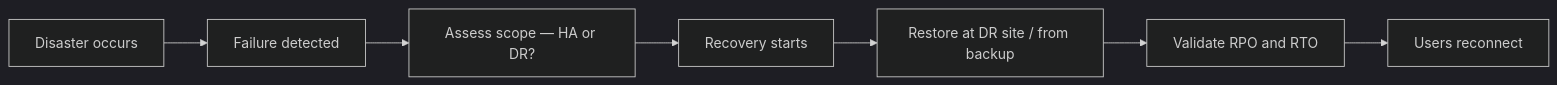
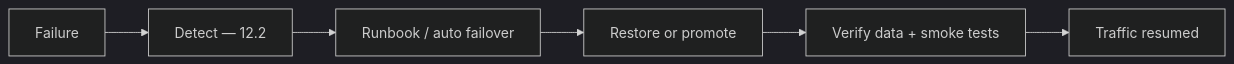
One commit to hareramcse/SystemDesign changed diagram 16 of 21 in 12-reliability-engineering/README.md. Above: the diagram before and after it, drawn with Mermaid (dark theme). The commit also changed other lines of this file, not shown here.

````diff
--- a/12-reliability-engineering/README.md
+++ b/12-reliability-engineering/README.md
@@ -1187,9 +897,8 @@
 ```mermaid
 flowchart LR
-    D[Disaster occurs] --> Detect[Failure detected]
-    Detect --> Decide[Assess scope — HA or DR?]
-    Decide --> Start[Recovery starts]
-    Start --> Restore[Restore at DR site / from backup]
-    Restore --> Validate[Validate RPO and RTO]
-    Validate --> Users[Users reconnect]
+    Fail[Failure] --> Detect[Detect — 12.2]
+    Detect --> Decide[Runbook / auto failover]
+    Decide --> Recover[Restore or promote]
+    Recover --> Validate[Verify data + smoke tests]
+    Validate --> Online[Traffic resumed]
 ```
````
